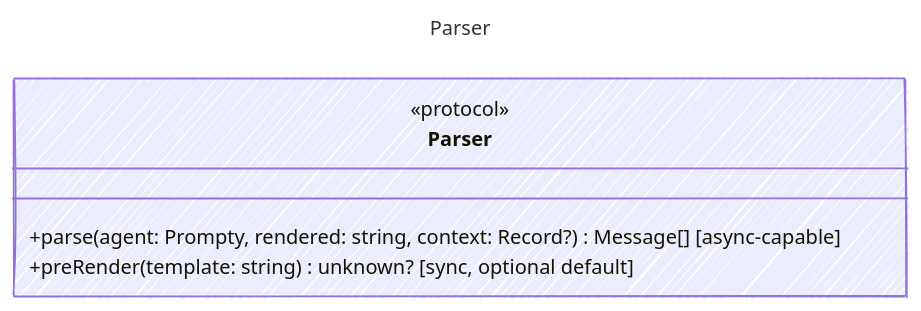
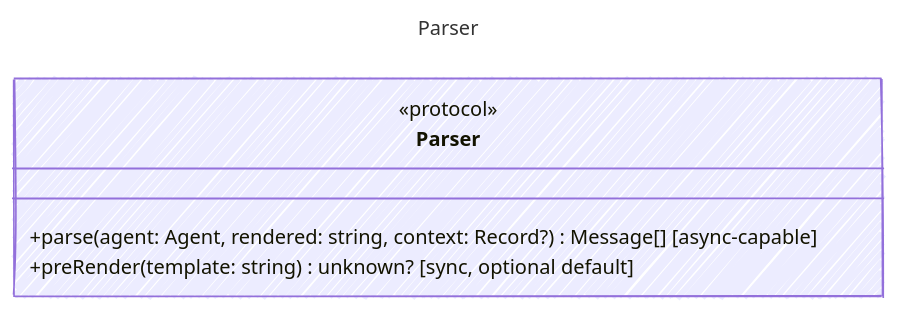
The diagram in web/src/content/docs/reference/Parser.md (microsoft/prompty), drawn with Mermaid before and after one commit. The commit also changed other lines of this file and 205 other files, not shown here.

````diff
--- a/web/src/content/docs/reference/Parser.md
+++ b/web/src/content/docs/reference/Parser.md
@@ -12,16 +12,16 @@
 ```mermaid
 ---
 title: Parser
 config:
   look: handDrawn
   theme: colorful
   class:
     hideEmptyMembersBox: true
 ---
 classDiagram
     class Parser {
       <<protocol>>
-        +parse(agent: Prompty, rendered: string, context: Record<unknown>?) Message[] [async-capable]
+        +parse(agent: Agent, rendered: string, context: Record<unknown>?) Message[] [async-capable]
         +preRender(template: string) unknown? [sync, optional default]
     }
 ```
````
